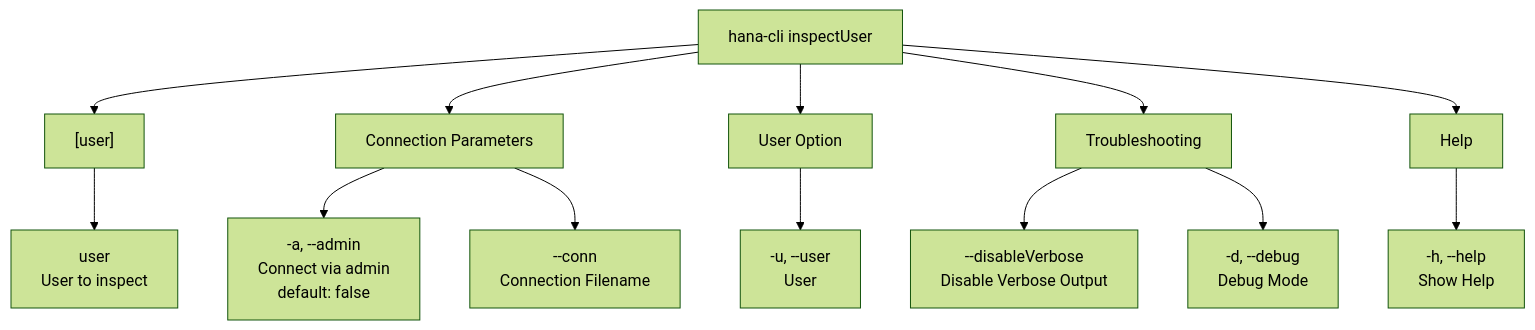
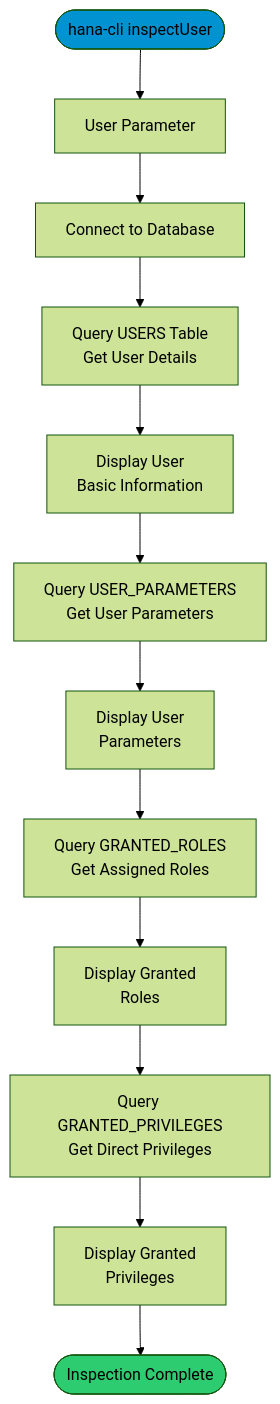
Before and after one commit to SAP-samples/hana-developer-cli-tool-example: the diagram in docs/02-commands/connection-auth/inspect-user.md, drawn with Mermaid (forest theme). The commit also changed other lines of this file and 6 other files, not shown here.

````diff
--- a/docs/02-commands/connection-auth/inspect-user.md
+++ b/docs/02-commands/connection-auth/inspect-user.md
@@ -26,20 +26,24 @@
 ```mermaid
 graph TD
-    A["hana-cli inspectUser"] --> B["[user]"]
-    A --> C["Connection Parameters"]
-    A --> D["User Option"]
-    A --> E["Troubleshooting"]
-    A --> F["Help"]
+    Start([hana-cli inspectUser]) --> Input[User Parameter]
     
-    B --> B1["user<br/>User to inspect"]
+    Input --> Connect[Connect to Database]
     
-    C --> C1["-a, --admin<br/>Connect via admin<br/>default: false"]
-    C --> C2["--conn<br/>Connection Filename"]
+    Connect --> Query1[Query USERS Table<br/>Get User Details]
     
-    D --> D1["-u, --user<br/>User"]
+    Query1 --> Display1[Display User<br/>Basic Information]
     
-    E --> E1["--disableVerbose<br/>Disable Verbose Output"]
-    E --> E2["-d, --debug<br/>Debug Mode"]
+    Display1 --> Query2[Query USER_PARAMETERS<br/>Get User Parameters]
+    Query2 --> Display2[Display User<br/>Parameters]
     
-    F --> F1["-h, --help<br/>Show Help"]
+    Display2 --> Query3[Query GRANTED_ROLES<br/>Get Assigned Roles]
+    Query3 --> Display3[Display Granted<br/>Roles]
+    
+    Display3 --> Query4[Query GRANTED_PRIVILEGES<br/>Get Direct Privileges]
+    Query4 --> Display4[Display Granted<br/>Privileges]
+    
+    Display4 --> Complete([Inspection Complete])
+    
+    style Start fill:#0092d1
+    style Complete fill:#2ecc71
 ```
````
